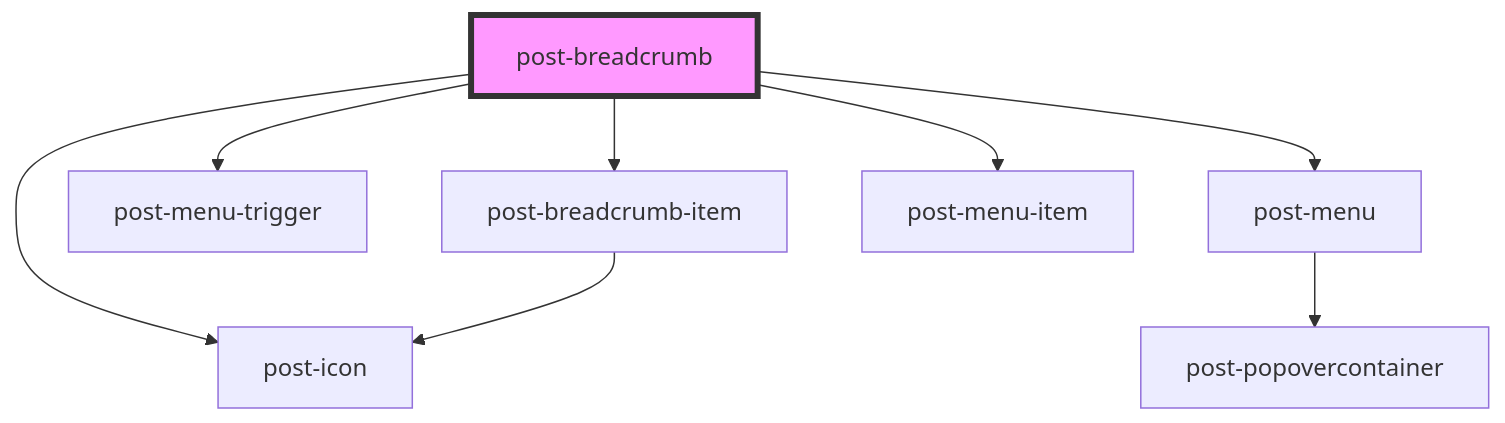
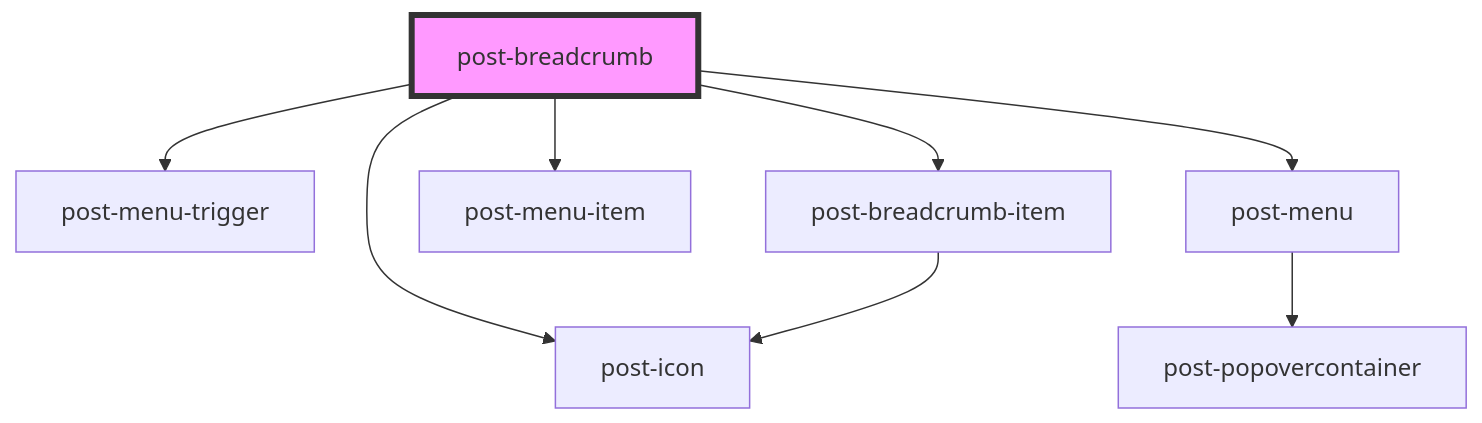
The diagram in packages/components/src/components/post-breadcrumb/readme.md (swisspost/design-system), drawn with Mermaid before and after one commit. The commit also changed other lines of this file and 2 other files, not shown here.

````diff
--- a/packages/components/src/components/post-breadcrumb/readme.md
+++ b/packages/components/src/components/post-breadcrumb/readme.md
@@ -27,11 +27,11 @@
 ```mermaid
 graph TD;
   post-breadcrumb --> post-icon
-  post-breadcrumb --> post-breadcrumb-item
   post-breadcrumb --> post-menu-trigger
   post-breadcrumb --> post-menu
   post-breadcrumb --> post-menu-item
+  post-breadcrumb --> post-breadcrumb-item
+  post-menu --> post-popovercontainer
   post-breadcrumb-item --> post-icon
-  post-menu --> post-popovercontainer
   style post-breadcrumb fill:#f9f,stroke:#333,stroke-width:4px
 ```
````
